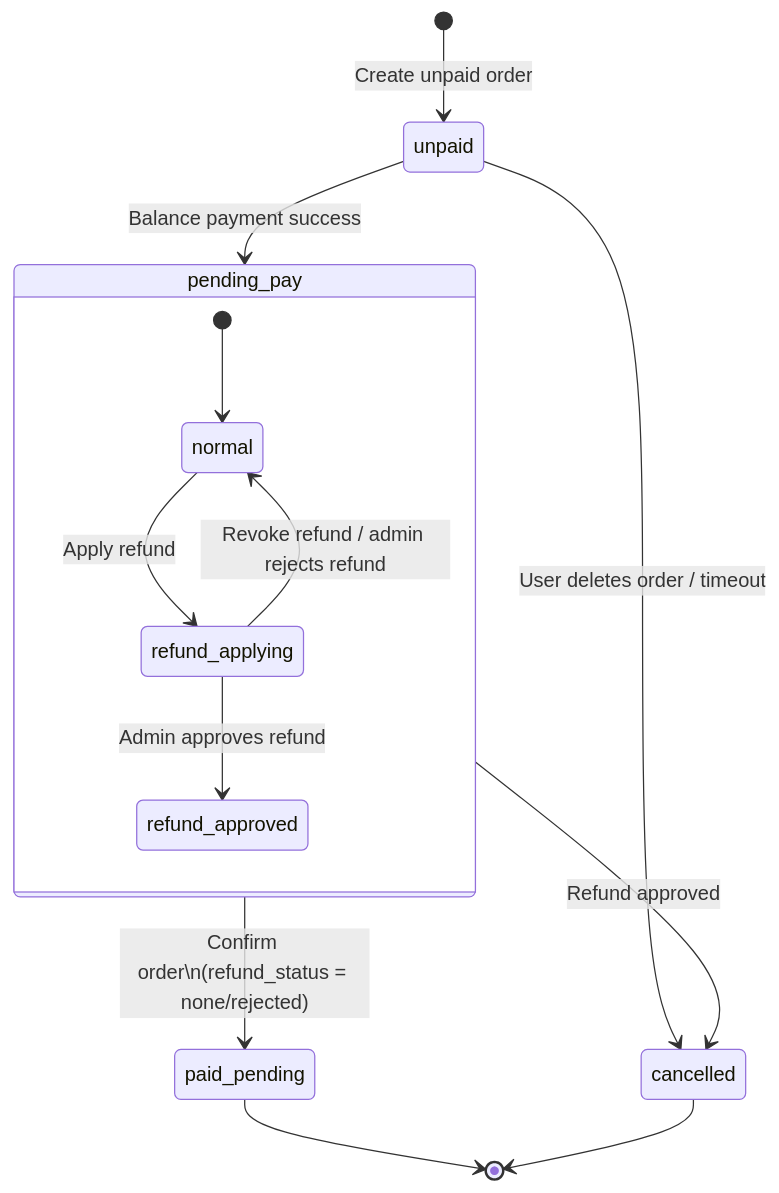
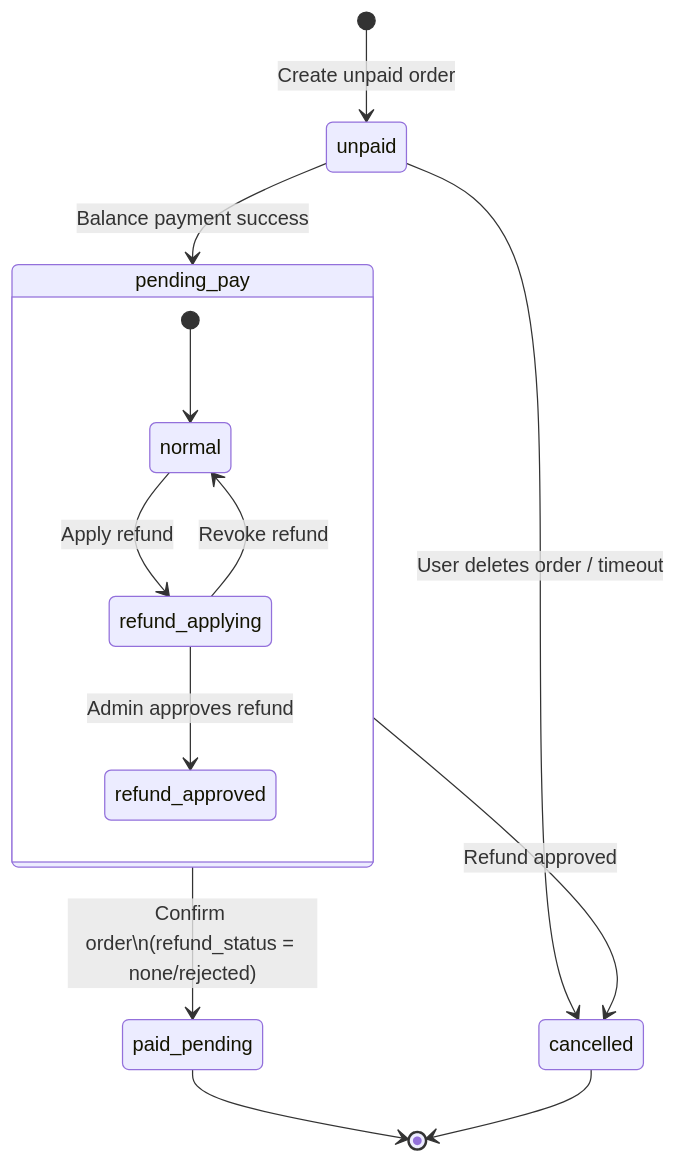
Before and after one commit to XiaoyaoZhangChris/ecommerce-system: the diagram in backend-demo/readme.md, drawn with Mermaid.

````diff
--- a/backend-demo/readme.md
+++ b/backend-demo/readme.md
@@ -3,20 +3,20 @@
 ```mermaid
 stateDiagram-v2
     [*] --> unpaid: Create unpaid order
 
     unpaid --> pending_pay: Balance payment success
     unpaid --> cancelled: User deletes order / timeout
 
     state pending_pay {
         [*] --> normal
         normal --> refund_applying: Apply refund
-        refund_applying --> normal: Revoke refund / admin rejects refund
+        refund_applying --> normal: Revoke refund
         refund_applying --> refund_approved: Admin approves refund
     }
 
     pending_pay --> paid_pending: Confirm order\n(refund_status = none/rejected)
     pending_pay --> cancelled: Refund approved
 
     paid_pending --> [*]
     cancelled --> [*]
 ```
````
